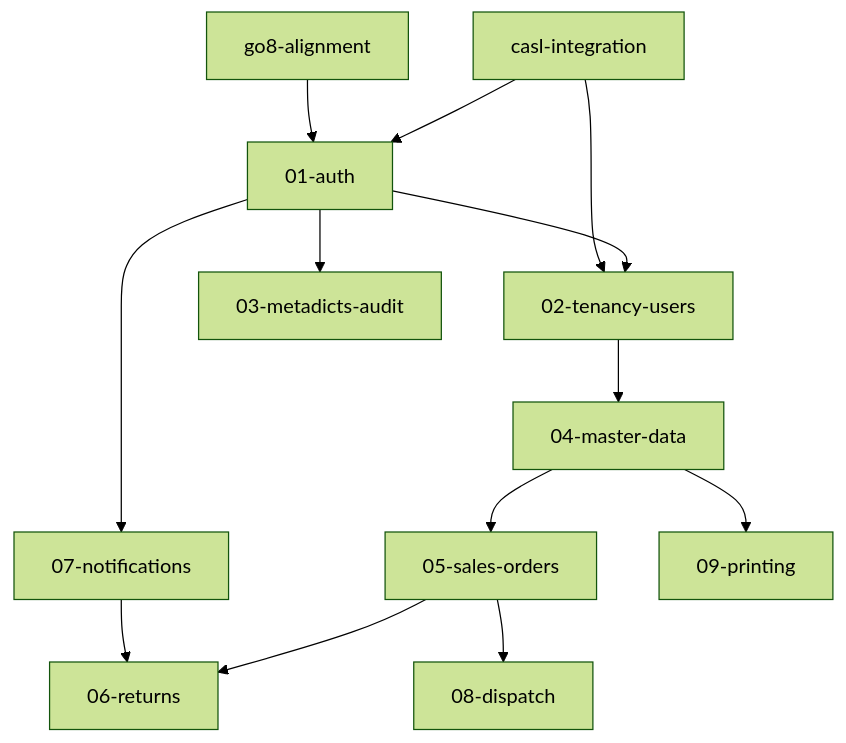
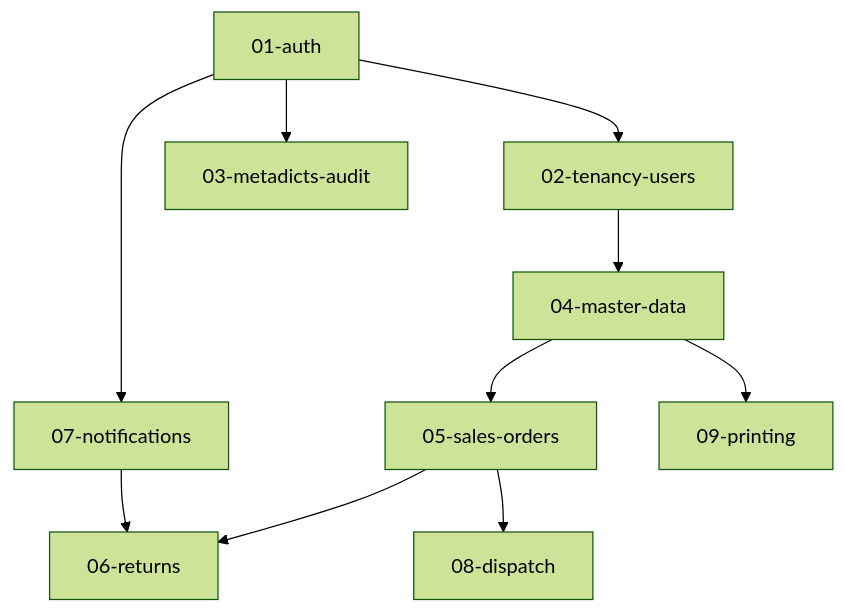
Before and after one commit to sw-ssd/sales-order-dispatch: the diagram in docs/superpowers/plans/README.md, drawn with Mermaid (forest theme). The commit also changed other lines of this file and 15 other files, not shown here.

````diff
--- a/docs/superpowers/plans/README.md
+++ b/docs/superpowers/plans/README.md
@@ -25,15 +19,12 @@
 ```mermaid
 graph TD
-    go8[go8-alignment] --> b01[01-auth]
-    casl[casl-integration] --> b01
-    casl --> b02[02-tenancy-users]
-    b01 --> b02
+    b01[01-auth] --> b02[02-tenancy-users]
     b01 --> b03[03-metadicts-audit]
     b02 --> b04[04-master-data]
     b04 --> b05[05-sales-orders]
     b01 --> b07[07-notifications]
     b07 --> b06[06-returns]
     b05 --> b06
     b05 --> b08[08-dispatch]
     b04 --> b09[09-printing]
 ```
````
